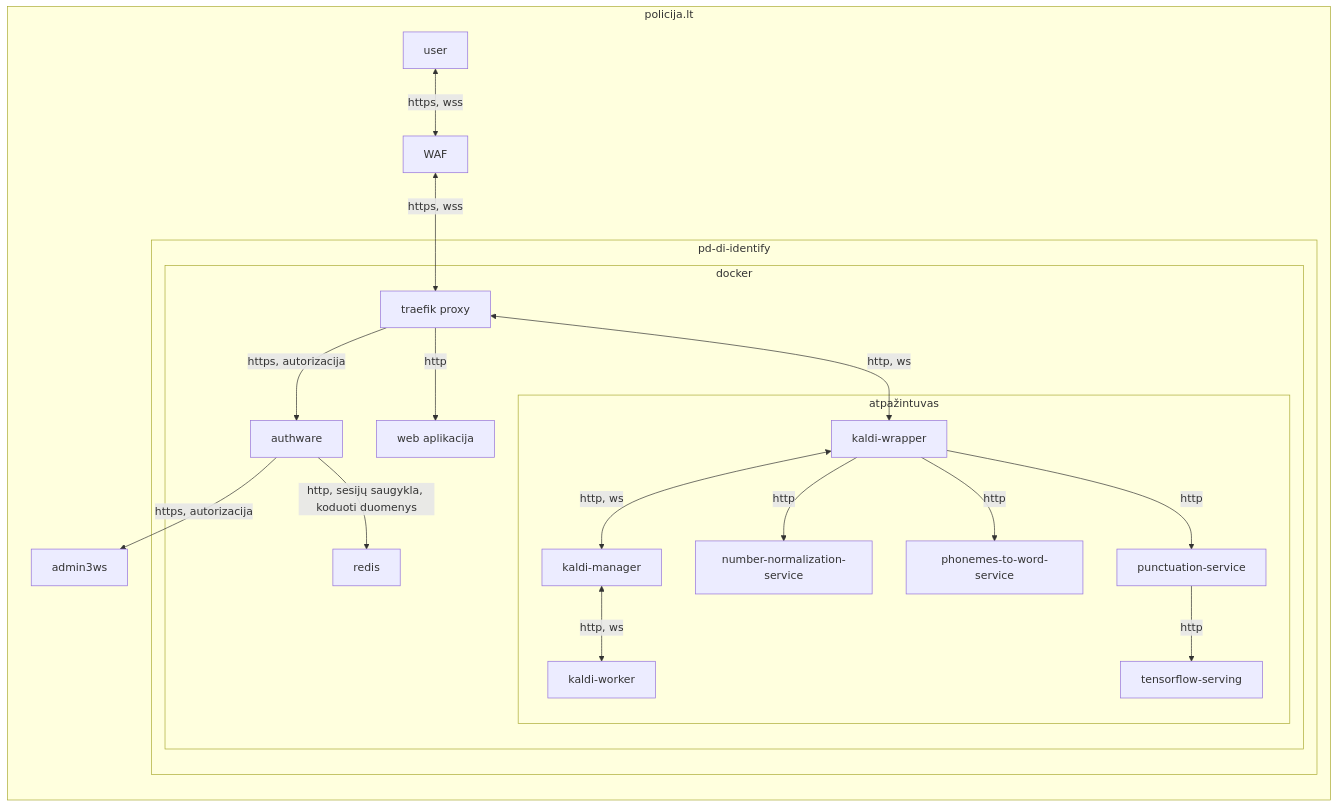
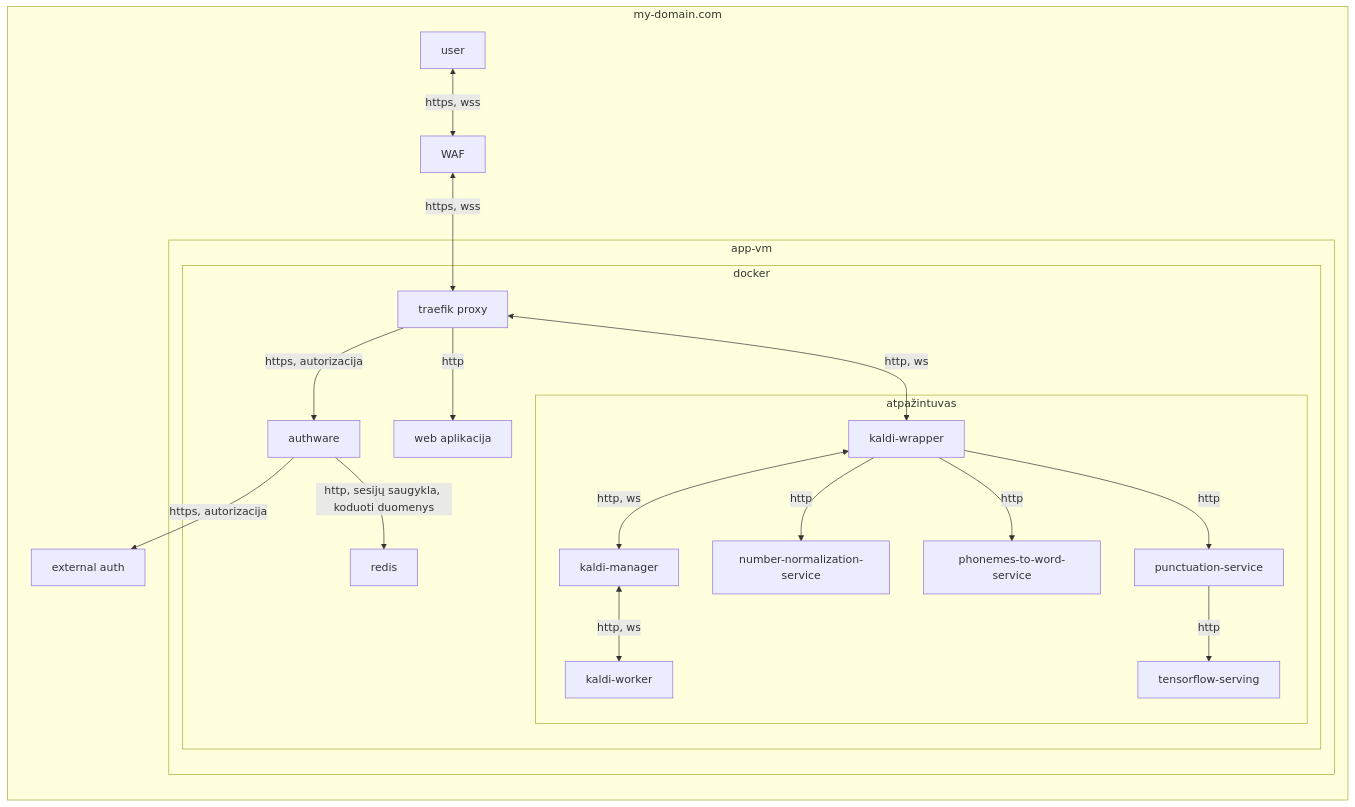
The second of 2 diagrams in docs/deploy.md (airenas/speech-to-data), drawn with Mermaid before and after one commit. The commit also changed other lines of this file and 14 other files, not shown here.

````diff
--- a/docs/deploy.md
+++ b/docs/deploy.md
@@ -28,39 +28,39 @@
 ```mermaid
 graph LR
-    subgraph policija.lt
+    subgraph my-domain.com 
         user[user]
         waf[WAF]
-        auth[admin3ws]
-        subgraph pd-di-identify
+        auth[external auth]
+        subgraph app-vm
             redis[redis]
             subgraph docker
              traefik[traefik proxy]
              authware
              redis
              subgraph atpažintuvas
                kaldi-wrapper
                punctuation-service
                tensorflow-serving
                kaldi-manager
                kaldi-worker
                number-normalization-service
                phonemes-to-word-service
              end
              web[web aplikacija]
             end
         end
     end
     user <--> |https, wss| waf
     waf <--> |https, wss| traefik
     traefik --> |https, autorizacija| authware
     traefik --> |http| web
     authware --> |https, autorizacija| auth
     authware --> |http, sesijų saugykla, koduoti duomenys| redis
     traefik <--> |http, ws| kaldi-wrapper
     kaldi-wrapper <--> |http, ws| kaldi-manager
     kaldi-manager <--> |http, ws| kaldi-worker
     kaldi-wrapper --> |http| number-normalization-service
     kaldi-wrapper --> |http| phonemes-to-word-service
     kaldi-wrapper --> |http| punctuation-service
     punctuation-service --> |http| tensorflow-serving
 ```    
````
